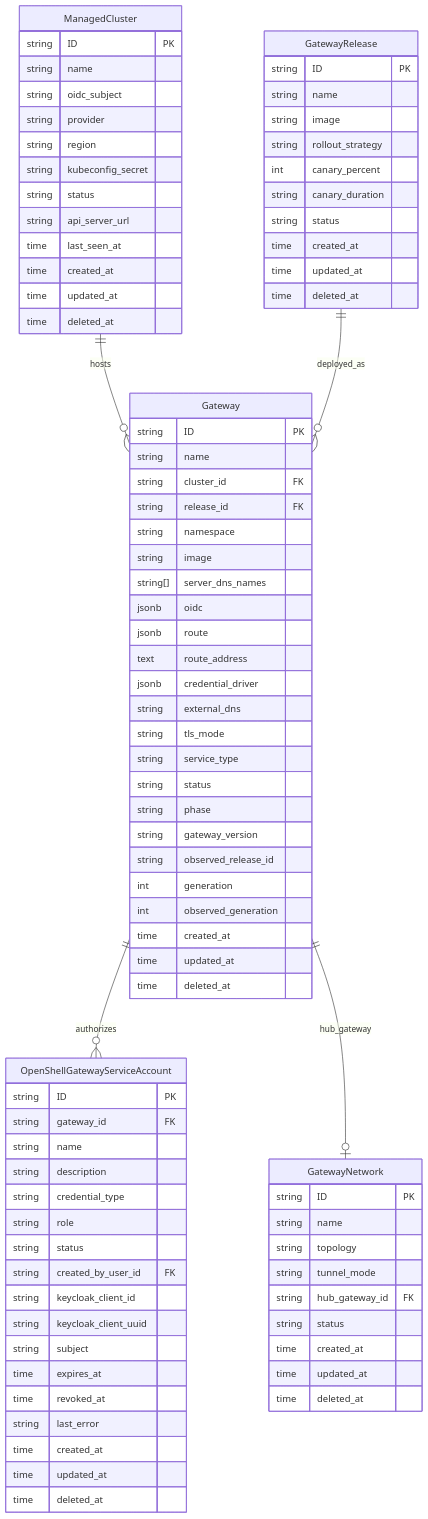
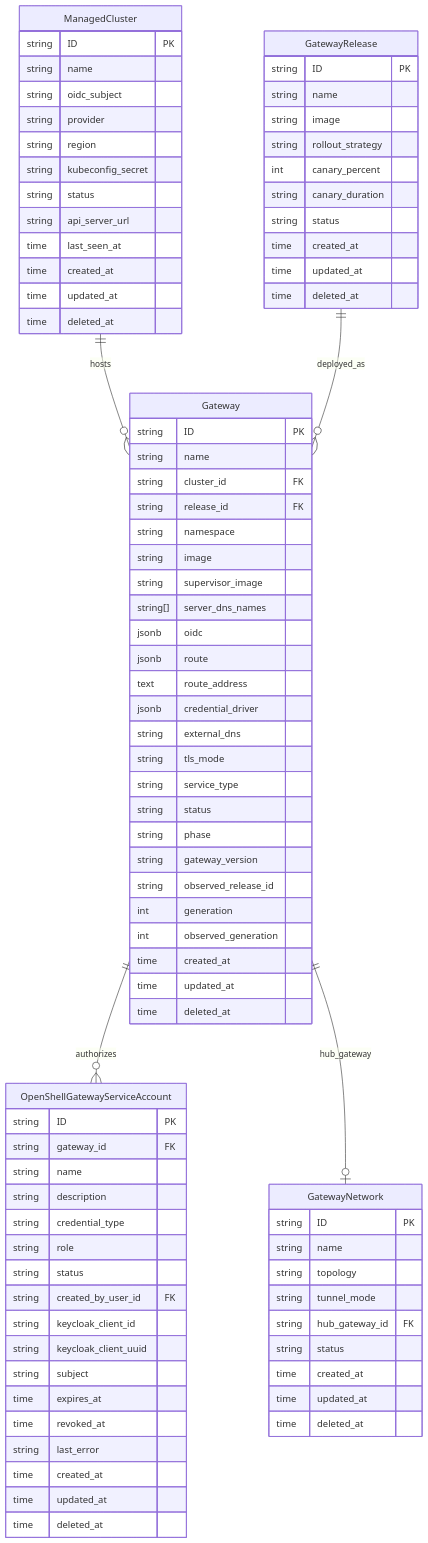
One commit to openshift-online/hypershell changed the diagram in specs/platform/data-model.spec.md. Above: the diagram before and after it, drawn with Mermaid. The commit also changed 2 other files, not shown here.

Commit message:
fix: address inline review comments on PR #151
- model_test.go: remove stale DatabaseId from TestDesiredStateChanged
  fixture (compile blocker after database_id column was dropped on main)
- reconciler.go: add explicit soft-failure rationale to
  updateObservedGeneration WARN path — intentional because the gateway
  stays unconverged and retries on the next watch event
- data-model.spec.md: add supervisor_image to Gateway ER entity table
  (it is listed as a desired-spec field at line 171 but was absent from
  the entity diagram)

```diff
--- a/specs/platform/data-model.spec.md
+++ b/specs/platform/data-model.spec.md
@@ -57,6 +57,7 @@
         string release_id FK
         string namespace
         string image
+        string supervisor_image
         string[] server_dns_names
         jsonb oidc
         jsonb route
```
